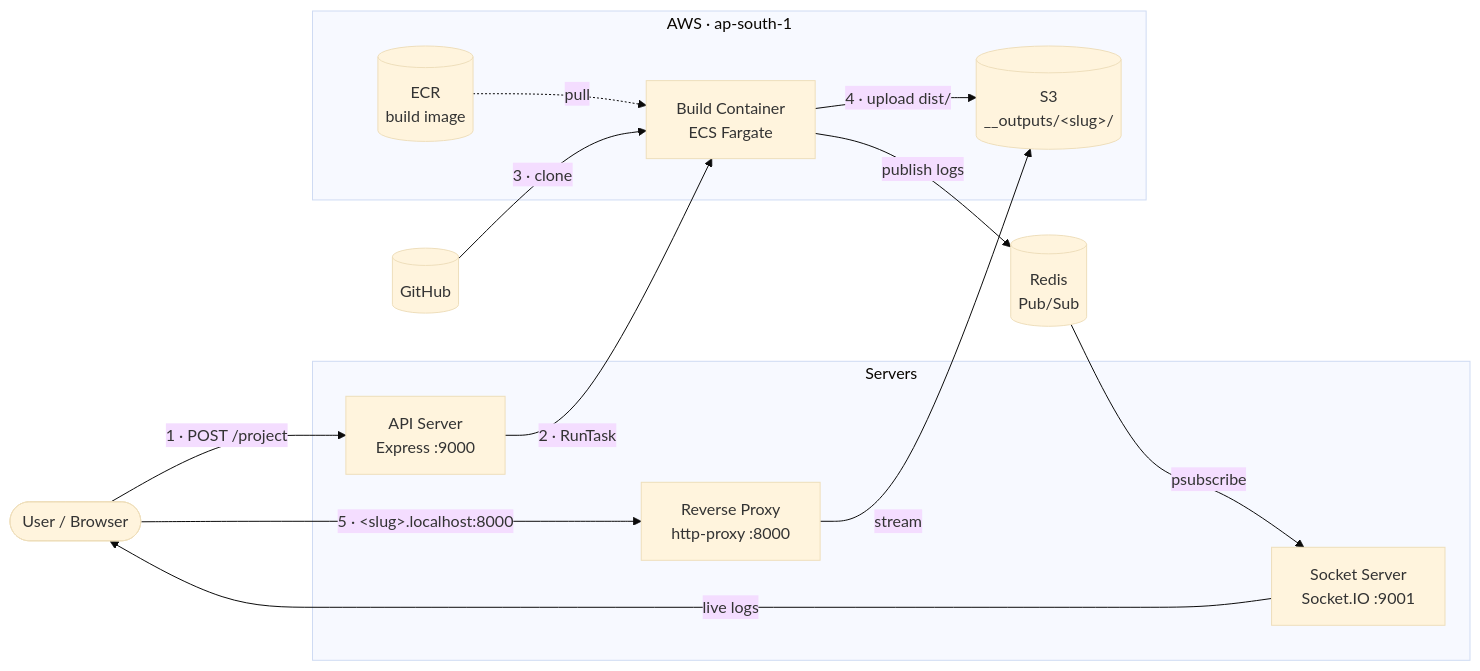
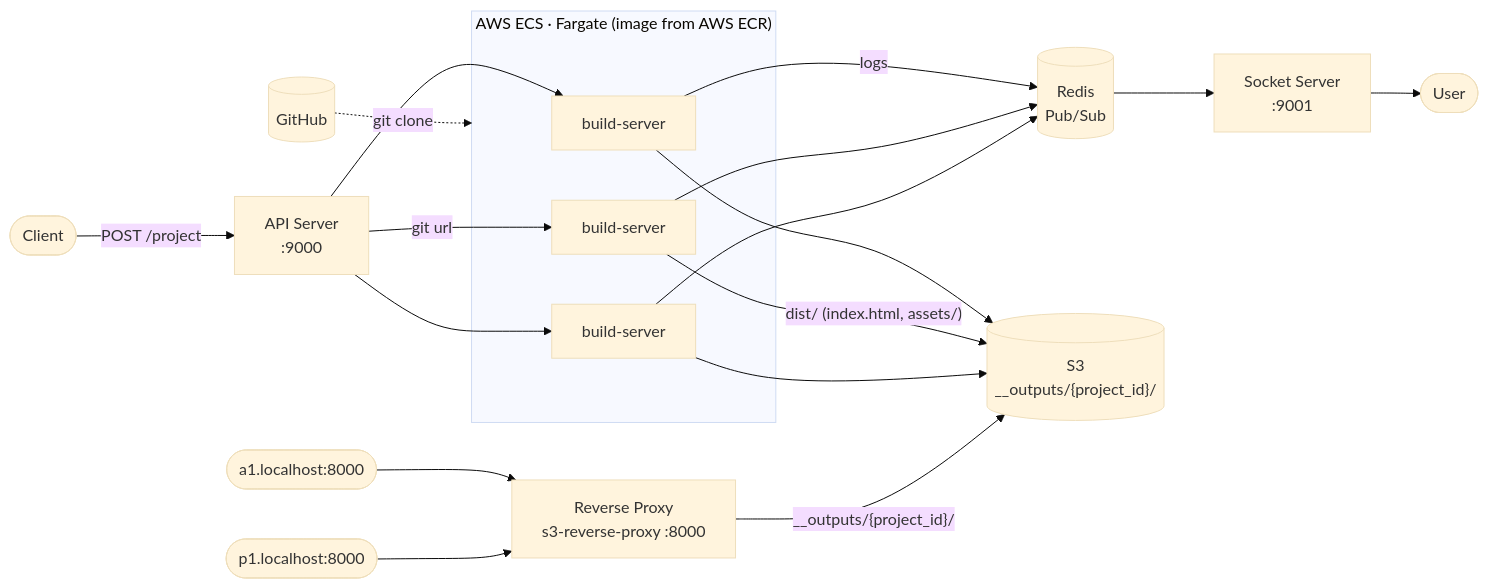
The first of 2 diagrams in README.md (hrshagarwal/PodShip), drawn with Mermaid (base theme) before and after one commit.

Commit message:
Redraw README architecture to show parallel build containers

````diff
--- a/README.md
+++ b/README.md
@@ -7,30 +7,31 @@
 ```mermaid
 flowchart LR
-    User(["User / Browser"])
+    Client(["Client"]) -->|"POST /project"| API["API Server<br/>:9000"]
 
-    subgraph Servers["Servers"]
-        API["API Server<br/>Express :9000"]
-        Socket["Socket Server<br/>Socket.IO :9001"]
-        Proxy["Reverse Proxy<br/>http-proxy :8000"]
+    GitHub[("GitHub")]
+
+    subgraph ECS["AWS ECS · Fargate (image from AWS ECR)"]
+        B1["build-server"]
+        B2["build-server"]
+        B3["build-server"]
     end
 
-    subgraph AWS["AWS · ap-south-1"]
-        ECR[("ECR<br/>build image")]
-        Builder["Build Container<br/>ECS Fargate"]
-        S3[("S3<br/>__outputs/#lt;slug#gt;/")]
-    end
+    API --> B1
+    API -->|"git url"| B2
+    API --> B3
+    GitHub -.->|"git clone"| ECS
 
-    GitHub[("GitHub")]
-    Redis[("Redis<br/>Pub/Sub")]
+    B1 -->|"logs"| Redis[("Redis<br/>Pub/Sub")]
+    B2 --> Redis
+    B3 --> Redis
+    B1 --> S3[("S3<br/>__outputs/{project_id}/")]
+    B2 -->|"dist/ (index.html, assets/)"| S3
+    B3 --> S3
 
-    User -->|"1 · POST /project"| API
-    API -->|"2 · RunTask"| Builder
-    ECR -.->|"pull"| Builder
-    GitHub -->|"3 · clone"| Builder
-    Builder -->|"4 · upload dist/"| S3
-    Builder -->|"publish logs"| Redis
-    Redis -->|"psubscribe"| Socket
-    Socket -->|"live logs"| User
-    User -->|"5 · #lt;slug#gt;.localhost:8000"| Proxy
-    Proxy -->|"stream"| S3
+    Redis --> Socket["Socket Server<br/>:9001"]
+    Socket --> User(["User"])
+
+    A1(["a1.localhost:8000"]) --> Proxy["Reverse Proxy<br/>s3-reverse-proxy :8000"]
+    P1(["p1.localhost:8000"]) --> Proxy
+    Proxy -->|"__outputs/{project_id}/"| S3
 ```
````
